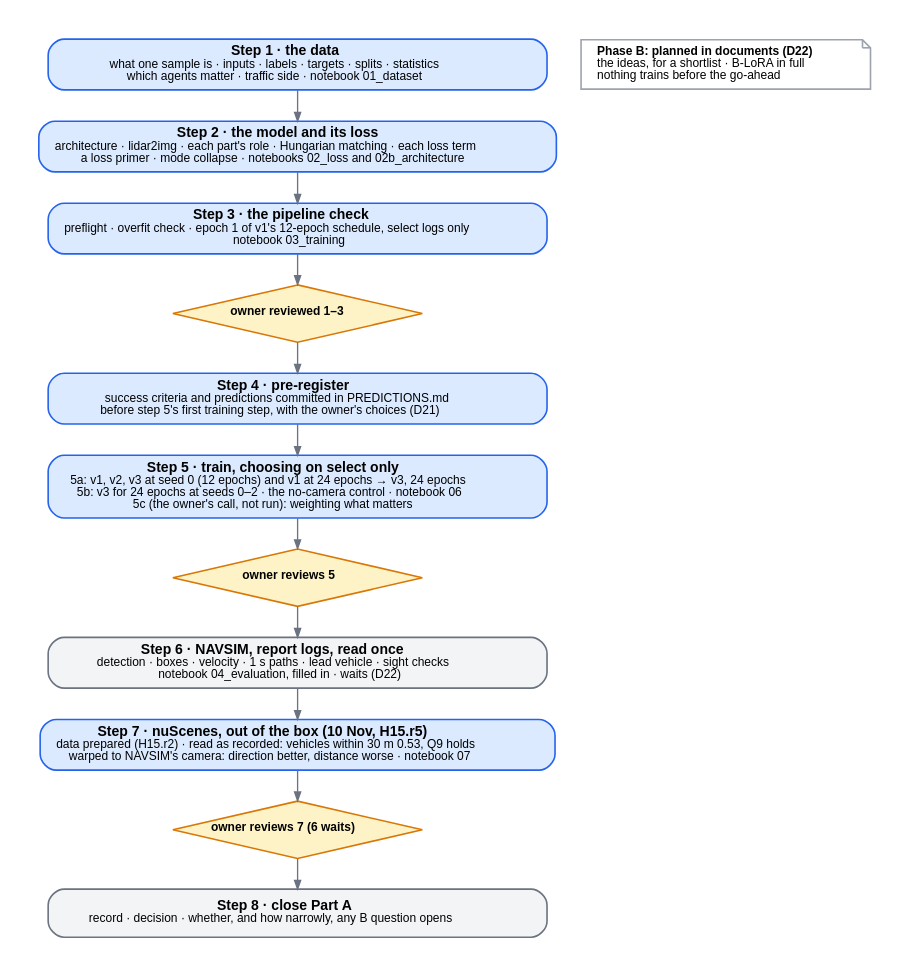
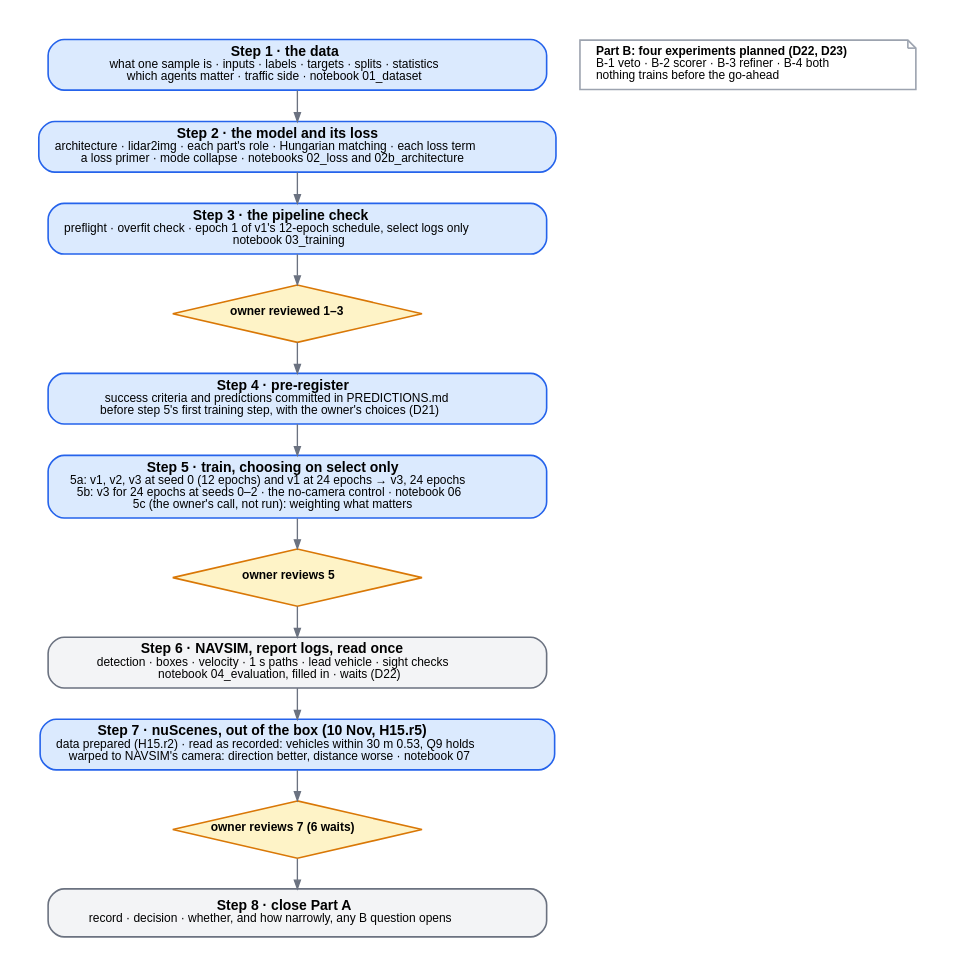
The diagram in experiments/H15_perception_sidecar/figures/part-a-steps.dot (FastCodeAI/Gallops), drawn with Graphviz before and after one commit. The commit also changed 45 other files, not shown here.

```diff
--- a/experiments/H15_perception_sidecar/figures/part-a-steps.dot
+++ b/experiments/H15_perception_sidecar/figures/part-a-steps.dot
@@ -1,38 +1,38 @@
 // H15 rerun, Part A: the side-car alone, in eight steps, each closed by a review before the next opens.
 // Blue: done (steps 1-5, 4 Nov; step 7, 10 Nov). Grey: not yet run. Amber diamonds: reviews.
 // Render: dot -Tsvg part-a-steps.dot -o part-a-steps.svg && dot -Tpng:cairo -Gdpi=192 part-a-steps.dot -o part-a-steps.png
 // (not rsvg-convert: version 2.50 drops the space after a bold run)
 digraph part_a_steps {
   graph [rankdir=TB, fontname="Helvetica", nodesep=0.35, ranksep=0.32, pad=0.3, bgcolor="white"];
   node  [shape=box, style="rounded,filled", fontname="Helvetica", fontsize=10.5, penwidth=1.2,
          color="#6b7280", fillcolor="#f3f4f6", margin="0.16,0.07", width=5.2];
   edge  [color="#6b7280", arrowsize=0.65, penwidth=1.0, fontname="Helvetica", fontsize=9];
 
   S1 [label=<<B>Step 1 · the data</B><BR/><FONT POINT-SIZE="9">what one sample is · inputs · labels · targets · splits · statistics<BR/>which agents matter · traffic side · notebook 01_dataset</FONT>>,
       color="#2563eb", fillcolor="#dbeafe"];
   S2 [label=<<B>Step 2 · the model and its loss</B><BR/><FONT POINT-SIZE="9">architecture · lidar2img · each part's role · Hungarian matching · each loss term<BR/>a loss primer · mode collapse · notebooks 02_loss and 02b_architecture</FONT>>,
       color="#2563eb", fillcolor="#dbeafe"];
   S3 [label=<<B>Step 3 · the pipeline check</B><BR/><FONT POINT-SIZE="9">preflight · overfit check · epoch 1 of v1's 12-epoch schedule, select logs only<BR/>notebook 03_training</FONT>>,
       color="#2563eb", fillcolor="#dbeafe"];
   R1 [shape=diamond, style="filled", width=2.6, height=0.6, fixedsize=true, color="#d97706", fillcolor="#fef3c7",
       label=<<FONT POINT-SIZE="9.5"><B>owner reviewed 1–3</B></FONT>>];
   S4 [label=<<B>Step 4 · pre-register</B><BR/><FONT POINT-SIZE="9">success criteria and predictions committed in PREDICTIONS.md<BR/>before step 5's first training step, with the owner's choices (D21)</FONT>>,
       color="#2563eb", fillcolor="#dbeafe"];
   S5 [label=<<B>Step 5 · train, choosing on select only</B><BR/><FONT POINT-SIZE="9">5a: v1, v2, v3 at seed 0 (12 epochs) and v1 at 24 epochs → v3, 24 epochs<BR/>5b: v3 for 24 epochs at seeds 0–2 · the no-camera control · notebook 06<BR/>5c (the owner's call, not run): weighting what matters</FONT>>,
       color="#2563eb", fillcolor="#dbeafe"];
   R2 [shape=diamond, style="filled", width=2.6, height=0.6, fixedsize=true, color="#d97706", fillcolor="#fef3c7",
       label=<<FONT POINT-SIZE="9.5"><B>owner reviews 5</B></FONT>>];
   S6 [label=<<B>Step 6 · NAVSIM, report logs, read once</B><BR/><FONT POINT-SIZE="9">detection · boxes · velocity · 1 s paths · lead vehicle · sight checks<BR/>notebook 04_evaluation, filled in · waits (D22)</FONT>>];
   S7 [label=<<B>Step 7 · nuScenes, out of the box (10 Nov, H15.r5)</B><BR/><FONT POINT-SIZE="9">data prepared (H15.r2) · read as recorded: vehicles within 30 m 0.53, Q9 holds<BR/>warped to NAVSIM's camera: direction better, distance worse · notebook 07</FONT>>,
       color="#2563eb", fillcolor="#dbeafe"];
   R3 [shape=diamond, style="filled", width=2.6, height=0.6, fixedsize=true, color="#d97706", fillcolor="#fef3c7",
       label=<<FONT POINT-SIZE="9.5"><B>owner reviews 7 (6 waits)</B></FONT>>];
   S8 [label=<<B>Step 8 · close Part A</B><BR/><FONT POINT-SIZE="9">record · decision · whether, and how narrowly, any B question opens</FONT>>];
 
   S1 -> S2 -> S3 -> R1 -> S4 -> S5 -> R2 -> S6 -> S7 -> R3 -> S8;
 
   NOTE [shape=note, style="filled", fillcolor="white", color="#9ca3af", fontsize=9, width=2.4,
-        label=<<B>Phase B: planned in documents (D22)</B><BR ALIGN="LEFT"/>the ideas, for a shortlist · B-LoRA in full<BR ALIGN="LEFT"/>nothing trains before the go-ahead<BR ALIGN="LEFT"/>>];
+        label=<<B>Part B: four experiments planned (D22, D23)</B><BR ALIGN="LEFT"/>B-1 veto · B-2 scorer · B-3 refiner · B-4 both<BR ALIGN="LEFT"/>nothing trains before the go-ahead<BR ALIGN="LEFT"/>>];
   edge [style=invis]; S1 -> NOTE;
   {rank=same; S1; NOTE;}
 }
```
